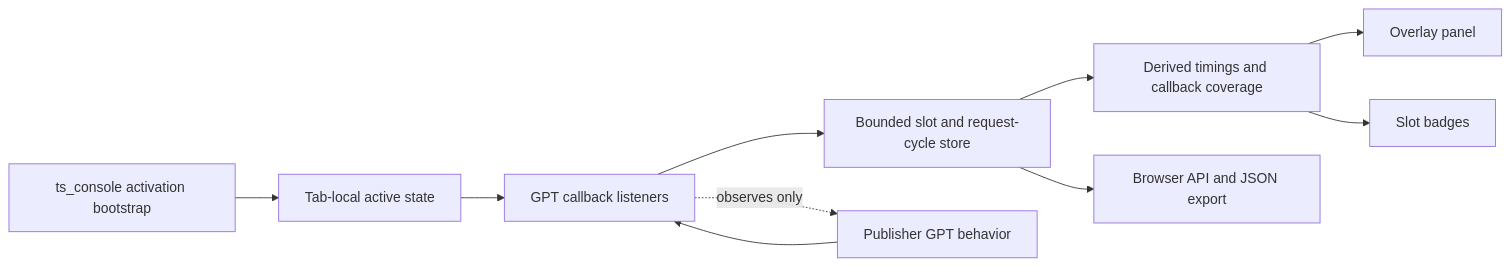
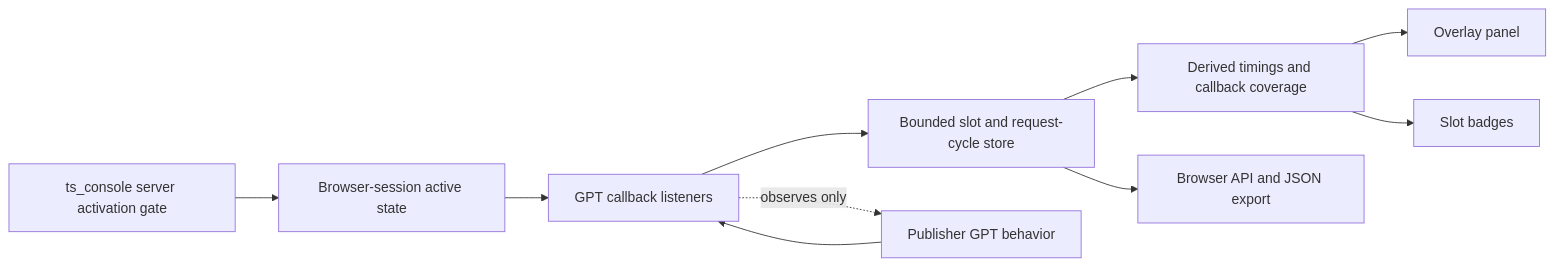
Before and after one commit to IABTechLab/trusted-server: the diagram in docs/superpowers/specs/2026-07-28-gpt-runtime-diagnostics-overlay-design.md, drawn with Mermaid. The commit also changed other lines of this file and 26 other files, not shown here.

````diff
--- a/docs/superpowers/specs/2026-07-28-gpt-runtime-diagnostics-overlay-design.md
+++ b/docs/superpowers/specs/2026-07-28-gpt-runtime-diagnostics-overlay-design.md
@@ -143,12 +143,12 @@
 ```mermaid
 flowchart LR
-    A[ts_console activation bootstrap] --> B[Tab-local active state]
+    A[ts_console server activation gate] --> B[Browser-session active state]
     B --> C[GPT callback listeners]
     C --> D[Bounded slot and request-cycle store]
     D --> E[Derived timings and callback coverage]
     D --> F[Browser API and JSON export]
     E --> G[Overlay panel]
     E --> H[Slot badges]
     I[Publisher GPT behavior] --> C
     C -. observes only .-> I
 ```
````
